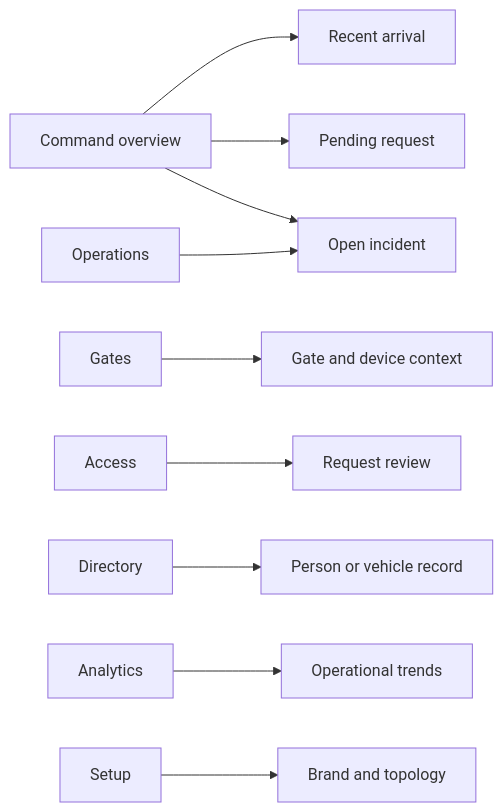
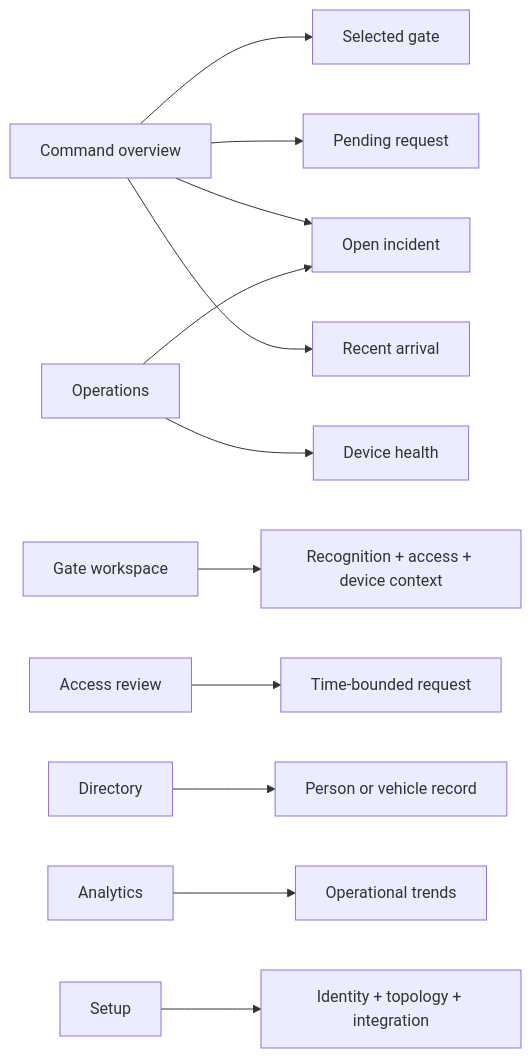
One commit to Mohemed-Amine-Chalhy/number-plate-recognition changed the diagram in docs/platform/design-evolution.md. Above: the diagram before and after it, drawn with Mermaid. The commit also changed other lines of this file and 20 other files, not shown here.

````diff
--- a/docs/platform/design-evolution.md
+++ b/docs/platform/design-evolution.md
@@ -47,12 +71,14 @@
 ```mermaid
 flowchart LR
     Command[Command overview] --> Arrival[Recent arrival]
     Command --> Queue[Pending request]
     Command --> Incident[Open incident]
-    Gates[Gates] --> GateDetail[Gate and device context]
-    Access[Access] --> Request[Request review]
+    Command --> Gate[Selected gate]
+    Gates[Gate workspace] --> GateDetail[Recognition + access + device context]
+    Access[Access review] --> Request[Time-bounded request]
     Directory[Directory] --> PersonVehicle[Person or vehicle record]
     Operations[Operations] --> Incident
+    Operations --> Device[Device health]
     Analytics[Analytics] --> Trends[Operational trends]
-    Setup[Setup] --> Tenant[Brand and topology]
+    Setup[Setup] --> Organization[Identity + topology + integration]
 ```
````
